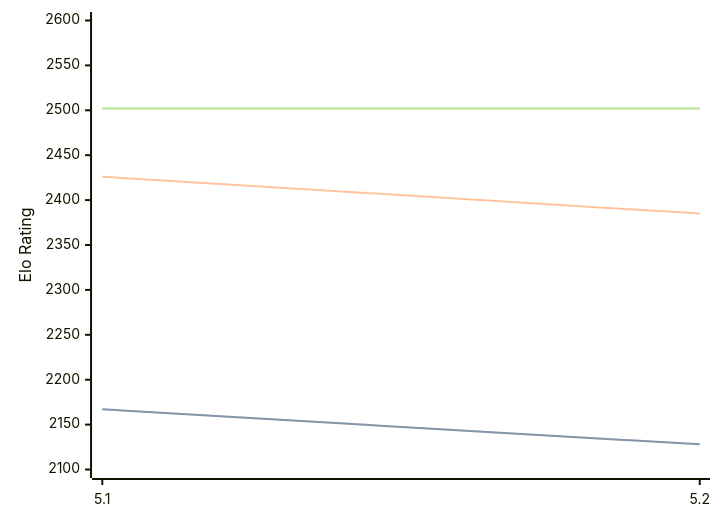
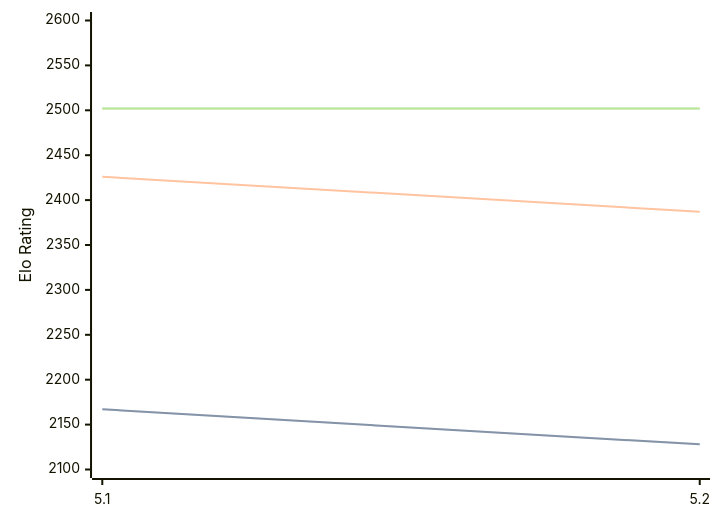
Before and after one commit to computer-chess-index/cci: the diagram in engines/Prophet.md, drawn with Mermaid. The commit also changed other lines of this file, not shown here.

````diff
--- a/engines/Prophet.md
+++ b/engines/Prophet.md
@@ -32,11 +32,11 @@
 ```mermaid
 %%{init: {"theme":"base","themeVariables":{"seriesColors:['#a3a3a3','#222221','#faa371']}}}%%
 xychart-beta
   x-axis ["5.1", "5.2"]
   y-axis "Elo Rating" 2100 --> 2600
   line "" [2167, 2128]
   line "STC (8.0+0.08s)" [2167, 2128]
-  line "LTC (60.0+0.60s)" [2426, 2385]
+  line "LTC (60.0+0.60s)" [2426, 2387]
   line "" [2502, 2502]
   line "VLTC (2m24s+1.12s)" [2502, 2502]
 ```
````
